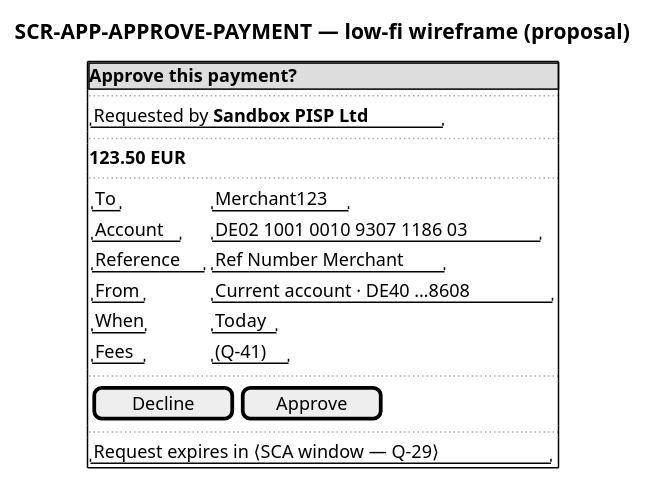
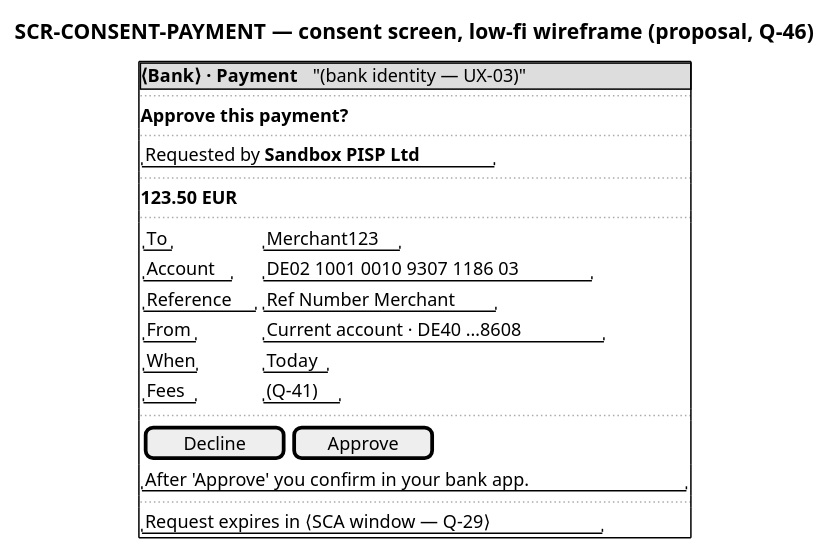
The diagram in docs/system/uml/ux/wf-approve-payment.puml (vondacho/psd2-sandbox), drawn with PlantUML before and after one commit. The commit also changed 32 other files, not shown here.

First line of the commit message:
Realign proposal with ADR revision: consent screen, app as last factor

```diff
--- a/docs/system/uml/ux/wf-approve-payment.puml
+++ b/docs/system/uml/ux/wf-approve-payment.puml
@@ -1,26 +1,30 @@
 @startsalt wf-approve-payment
-' Low-fi wireframe — SCR-APP-APPROVE-PAYMENT, fed by RM-PAYMENT-APPROVAL. PROPOSAL, AI, 2026-09-19.
+' Low-fi wireframe — SCR-CONSENT-PAYMENT (web consent screen), fed by RM-PAYMENT-APPROVAL.
+' PROPOSAL, AI, 2026-09-19; iteration 3: assumed on the consent screen (Q-46).
 ' Every field maps to a read-model field; copy is placeholder. Data: spec example payment
 ' (SRC-IG §5.3.1). Fees line depends on Q-41; the VoP result line on Q-16 (not in MVP).
-title SCR-APP-APPROVE-PAYMENT — low-fi wireframe (proposal)
+title SCR-CONSENT-PAYMENT — consent screen, low-fi wireframe (proposal, Q-46)
 {+
-  {* <b>Approve this payment?</b> }
+  {* <b>⟨Bank⟩ · Payment</b> | "(bank identity — UX-03)" }
+  ..
+  <b>Approve this payment?</b>
   ..
   "Requested by <b>Sandbox PISP Ltd</b>"
   ..
   <b>123.50 EUR</b>
   ..
   {
     "To"        | "Merchant123"
     "Account"   | "DE02 1001 0010 9307 1186 03"
     "Reference" | "Ref Number Merchant"
     "From"      | "Current account · DE40 …8608"
     "When"      | "Today"
     "Fees"      | "(Q-41)"
   }
   ..
   { [  Decline  ] | [  Approve  ] }
+  "After 'Approve' you confirm in your bank app."
   ..
   "Request expires in ⟨SCA window — Q-29⟩"
 }
 @endsalt
```
